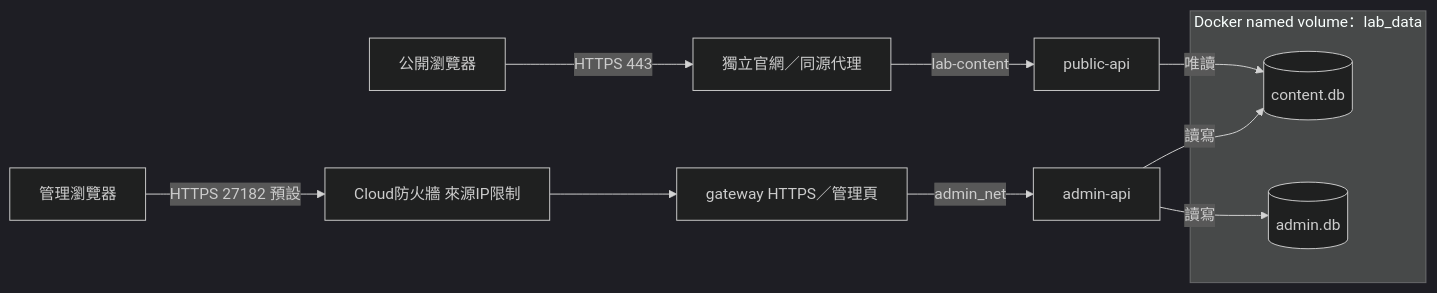
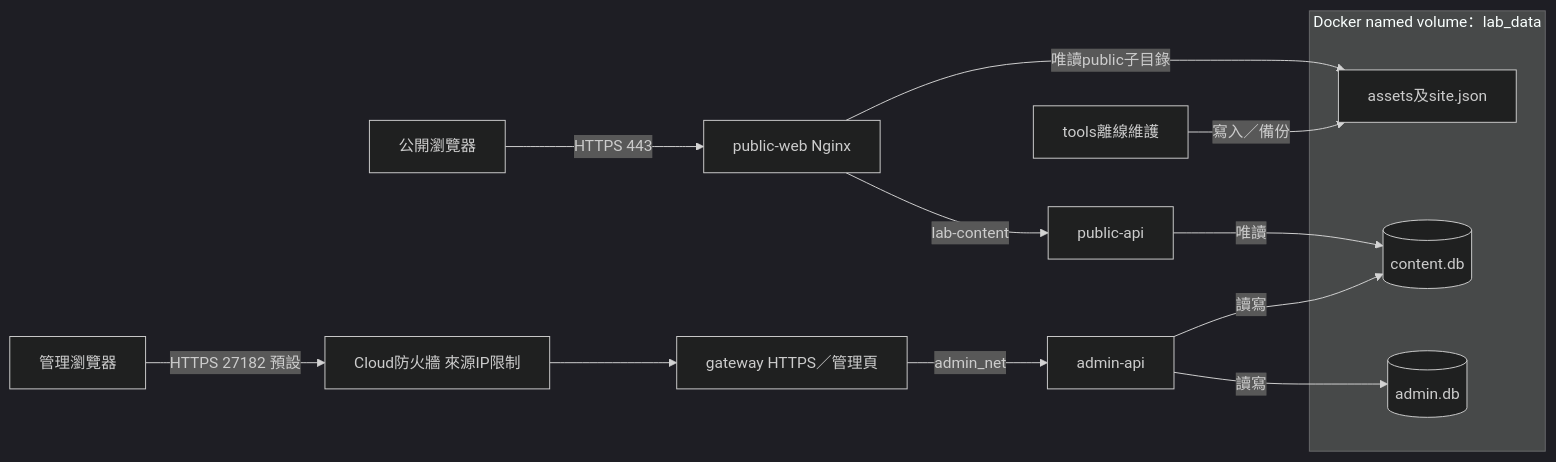
Before and after one commit to BigBenlau/lab_backend: the diagram in ARCHITECTURE.md, drawn with Mermaid (dark theme). The commit also changed other lines of this file and 21 other files, not shown here.

````diff
--- a/ARCHITECTURE.md
+++ b/ARCHITECTURE.md
@@ -59,15 +60,18 @@
 ```mermaid
 flowchart LR
-  B[公開瀏覽器] -->|HTTPS 443| F[獨立官網／同源代理]
+  B[公開瀏覽器] -->|HTTPS 443| F[public-web Nginx]
   F -->|lab-content| P[public-api]
+  F -->|唯讀public子目錄| S[assets及site.json]
+  T[tools離線維護] -->|寫入／備份| S
   P -->|唯讀| C[(content.db)]
   A[管理瀏覽器] -->|HTTPS 27182 預設| W[Cloud防火牆 來源IP限制]
   W --> G[gateway HTTPS／管理頁]
   G -->|admin_net| M[admin-api]
   M -->|讀寫| C
   M -->|讀寫| D[(admin.db)]
   subgraph V[Docker named volume：lab_data]
     C
     D
+    S
   end
 ```
````
